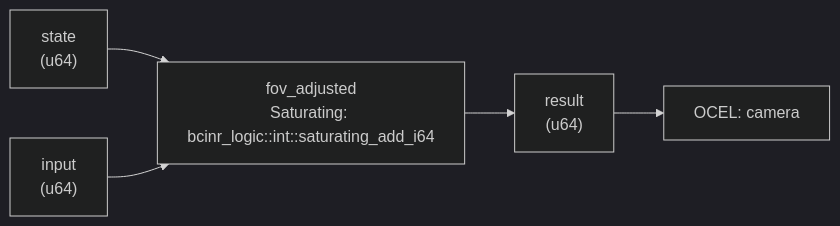
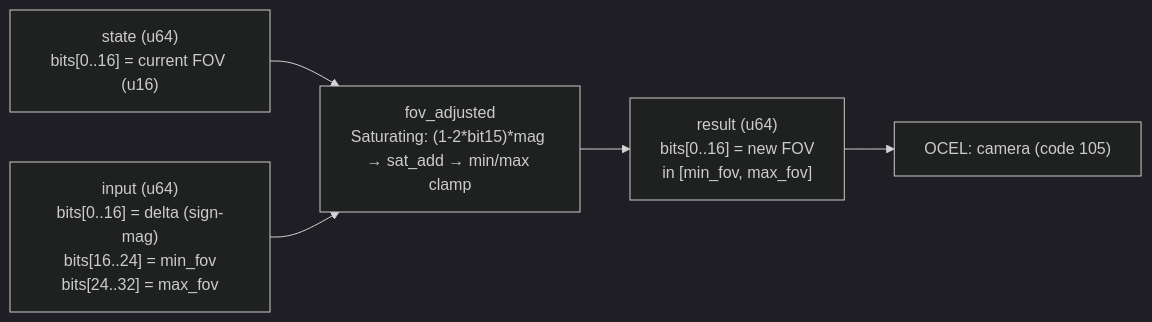
Before and after one commit to seanchatmangpt/bcinr: the diagram in crates/wasm4games/docs/patterns/fov_adjusted.md, drawn with Mermaid (dark theme). The commit also changed other lines of this file and 36 other files, not shown here.

````diff
--- a/crates/wasm4games/docs/patterns/fov_adjusted.md
+++ b/crates/wasm4games/docs/patterns/fov_adjusted.md
@@ -56,12 +38,12 @@
 ```mermaid
 graph LR
-    state["state\n(u64)"]
-    input["input\n(u64)"]
-    kernel["fov_adjusted\nSaturating: bcinr_logic::int::saturating_add_i64"]
-    result["result\n(u64)"]
+    state["state (u64)\nbits[0..16] = current FOV (u16)"]
+    input["input (u64)\nbits[0..16] = delta (sign-mag)\nbits[16..24] = min_fov\nbits[24..32] = max_fov"]
+    kernel["fov_adjusted\nSaturating: (1-2*bit15)*mag → sat_add → min/max clamp"]
+    result["result (u64)\nbits[0..16] = new FOV\nin [min_fov, max_fov]"]
     state --> kernel
     input --> kernel
     kernel --> result
-    ocel_0["OCEL: camera"]
+    ocel_0["OCEL: camera (code 105)"]
     result --> ocel_0
 ```
````
